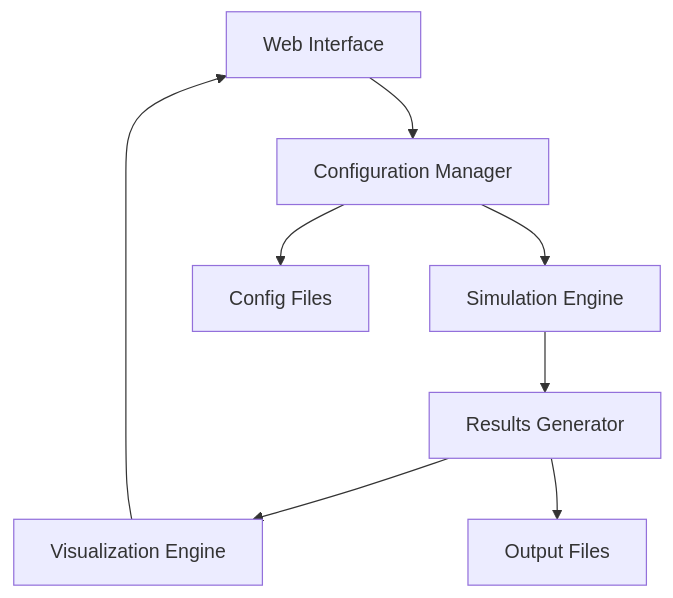
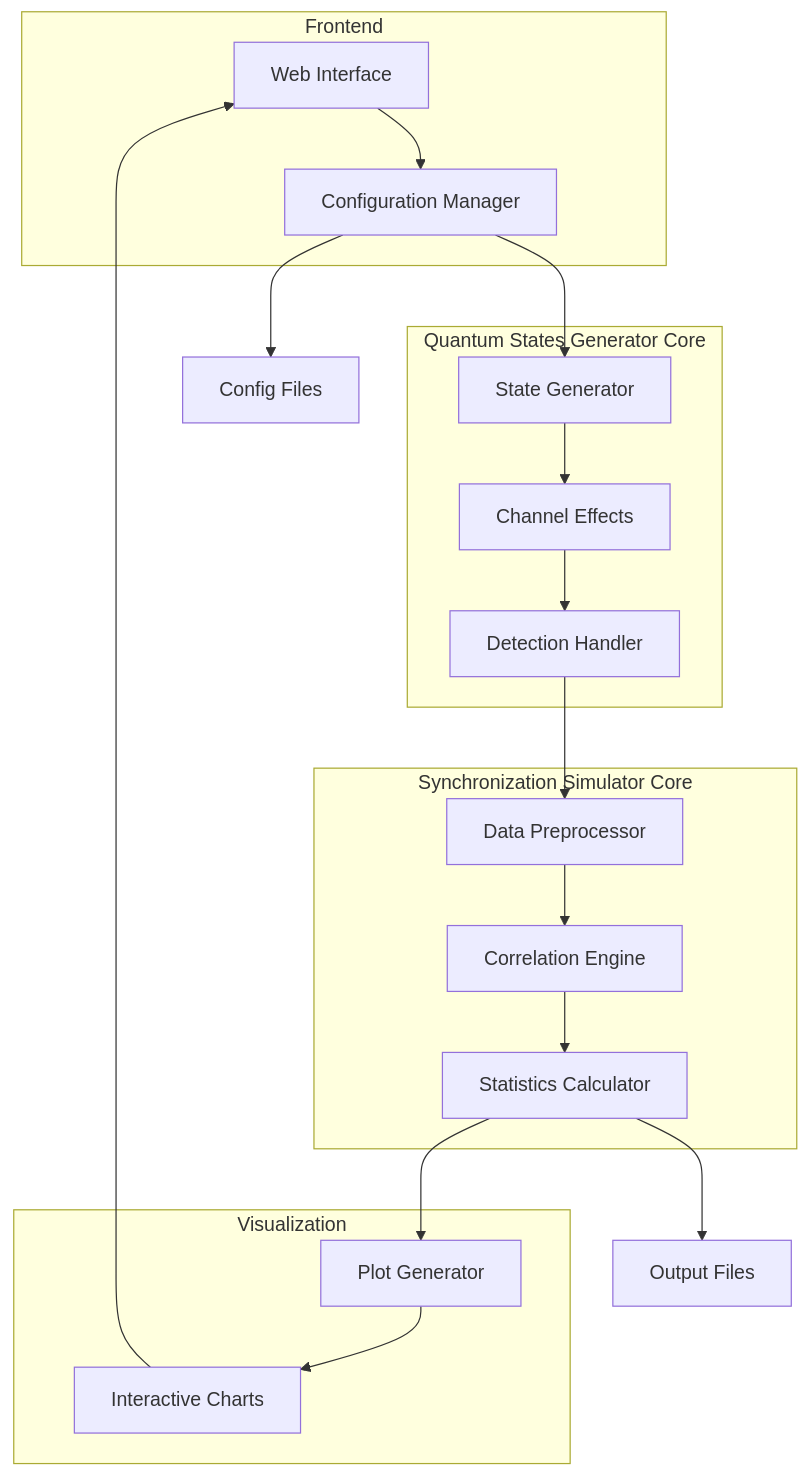
The diagram in README.md (antialamas/timesync), drawn with Mermaid before and after one commit. The commit also changed other lines of this file, not shown here.

````diff
--- a/README.md
+++ b/README.md
@@ -17,10 +18,32 @@
 ```mermaid
 graph TD
-    A[Web Interface] --> B[Configuration Manager]
-    B --> C[Simulation Engine]
-    C --> D[Results Generator]
-    D --> E[Visualization Engine]
-    E --> A
-    B --> F[Config Files]
-    D --> G[Output Files]
+    subgraph "Frontend"
+        A[Web Interface] --> B[Configuration Manager]
+    end
+
+    subgraph "Quantum States Generator Core"
+        C1[State Generator]
+        C2[Channel Effects]
+        C3[Detection Handler]
+        C1 --> C2 --> C3
+    end
+
+    subgraph "Synchronization Simulator Core"
+        D1[Data Preprocessor]
+        D2[Correlation Engine]
+        D3[Statistics Calculator]
+        D1 --> D2 --> D3
+    end
+
+    subgraph "Visualization"
+        E[Plot Generator]
+        F[Interactive Charts]
+    end
+
+    B --> C1
+    C3 --> D1
+    D3 --> E
+    E --> F --> A
+    B --> G[Config Files]
+    D3 --> H[Output Files]
 ```
````
